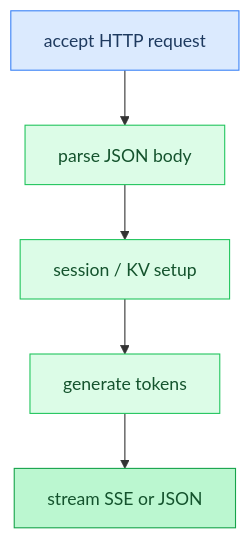
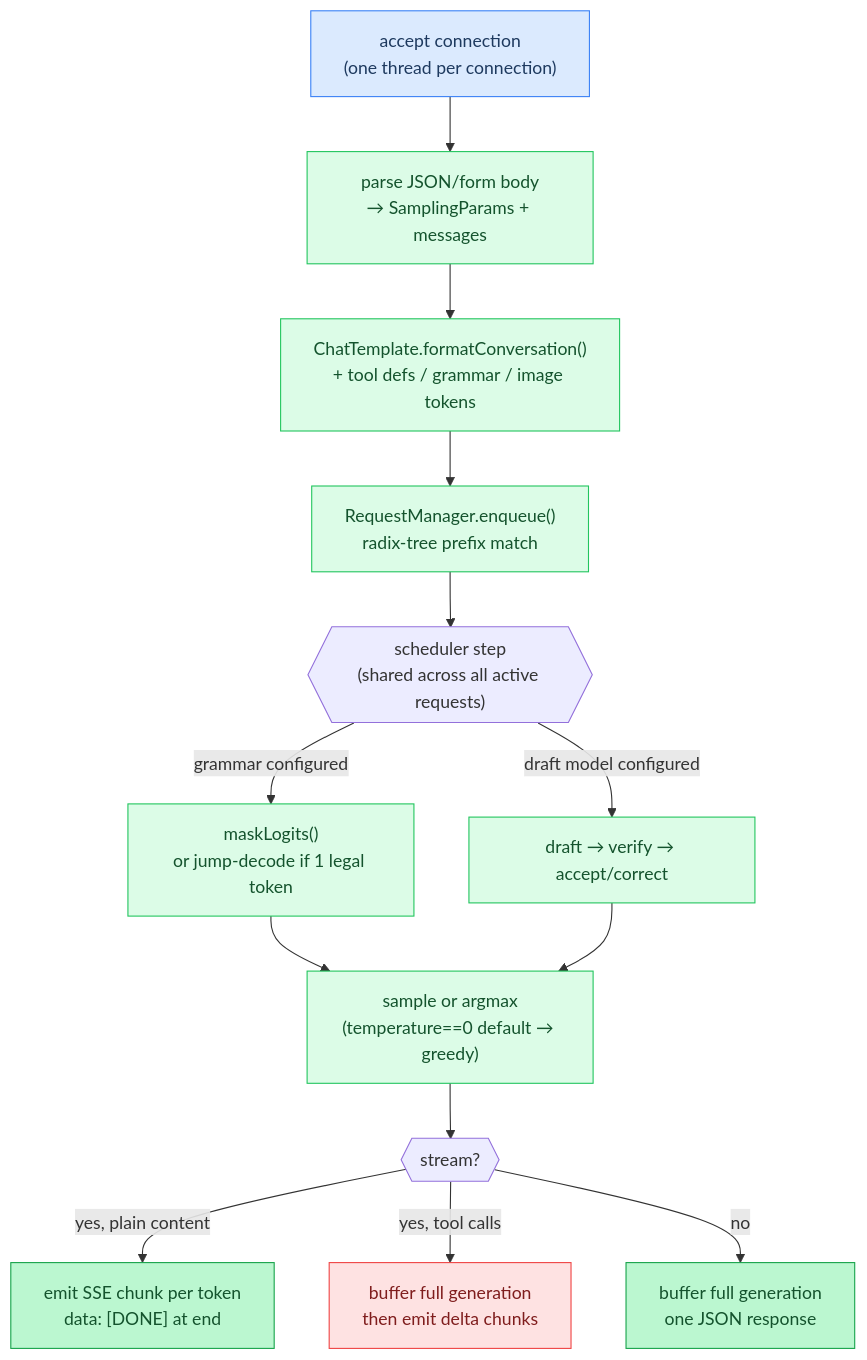
The diagram in docs/tutorial/23-server-http-api.md (maci0/agave), drawn with Mermaid before and after one commit. The commit also changed other lines of this file, not shown here.

First line of the commit message:
docs: add server http pipeline tutorial

````diff
--- a/docs/tutorial/23-server-http-api.md
+++ b/docs/tutorial/23-server-http-api.md
@@ -13,11 +59,22 @@
 ```mermaid
 flowchart TD
   classDef setup fill:#dbeafe,stroke:#3b82f6,color:#1e3a5f
   classDef sync fill:#dcfce7,stroke:#22c55e,color:#14532d
+  classDef danger fill:#fee2e2,stroke:#ef4444,color:#7f1d1d
   classDef success fill:#bbf7d0,stroke:#16a34a,color:#14532d
 
-  Accept["accept HTTP request"]:::setup --> Parse["parse JSON body"]:::sync
-  Parse --> Session["session / KV setup"]:::sync
-  Session --> Generate["generate tokens"]:::sync
-  Generate --> Response["stream SSE or JSON"]:::success
+  Accept["accept connection\n(one thread per connection)"]:::setup --> Parse["parse JSON/form body\n→ SamplingParams + messages"]:::sync
+  Parse --> Tmpl["ChatTemplate.formatConversation()\n+ tool defs / grammar / image tokens"]:::sync
+  Tmpl --> Enqueue["RequestManager.enqueue()\nradix-tree prefix match"]:::sync
+
+  Enqueue --> Sched{{"scheduler step\n(shared across all active requests)"}}
+  Sched -->|"grammar configured"| Mask["maskLogits()\nor jump-decode if 1 legal token"]:::sync
+  Sched -->|"draft model configured"| Spec["draft → verify → accept/correct"]:::sync
+  Mask --> Sample["sample or argmax\n(temperature==0 default → greedy)"]:::sync
+  Spec --> Sample
+
+  Sample --> Check{{"stream?"}}
+  Check -->|"yes, plain content"| Sse["emit SSE chunk per token\ndata: [DONE] at end"]:::success
+  Check -->|"yes, tool calls"| SseTools["buffer full generation\nthen emit delta chunks"]:::danger
+  Check -->|"no"| Json["buffer full generation\none JSON response"]:::success
 ```
````
